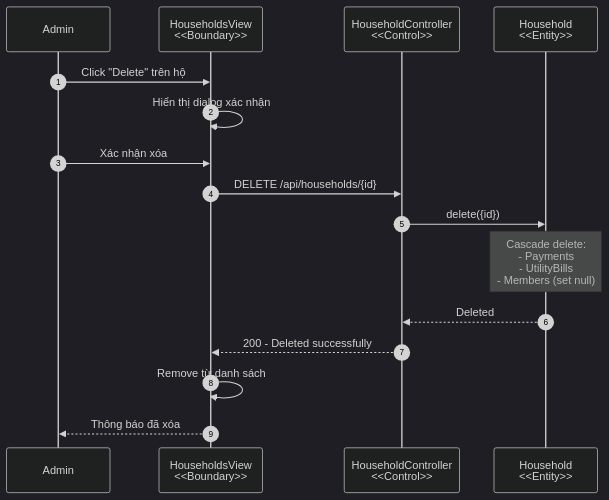
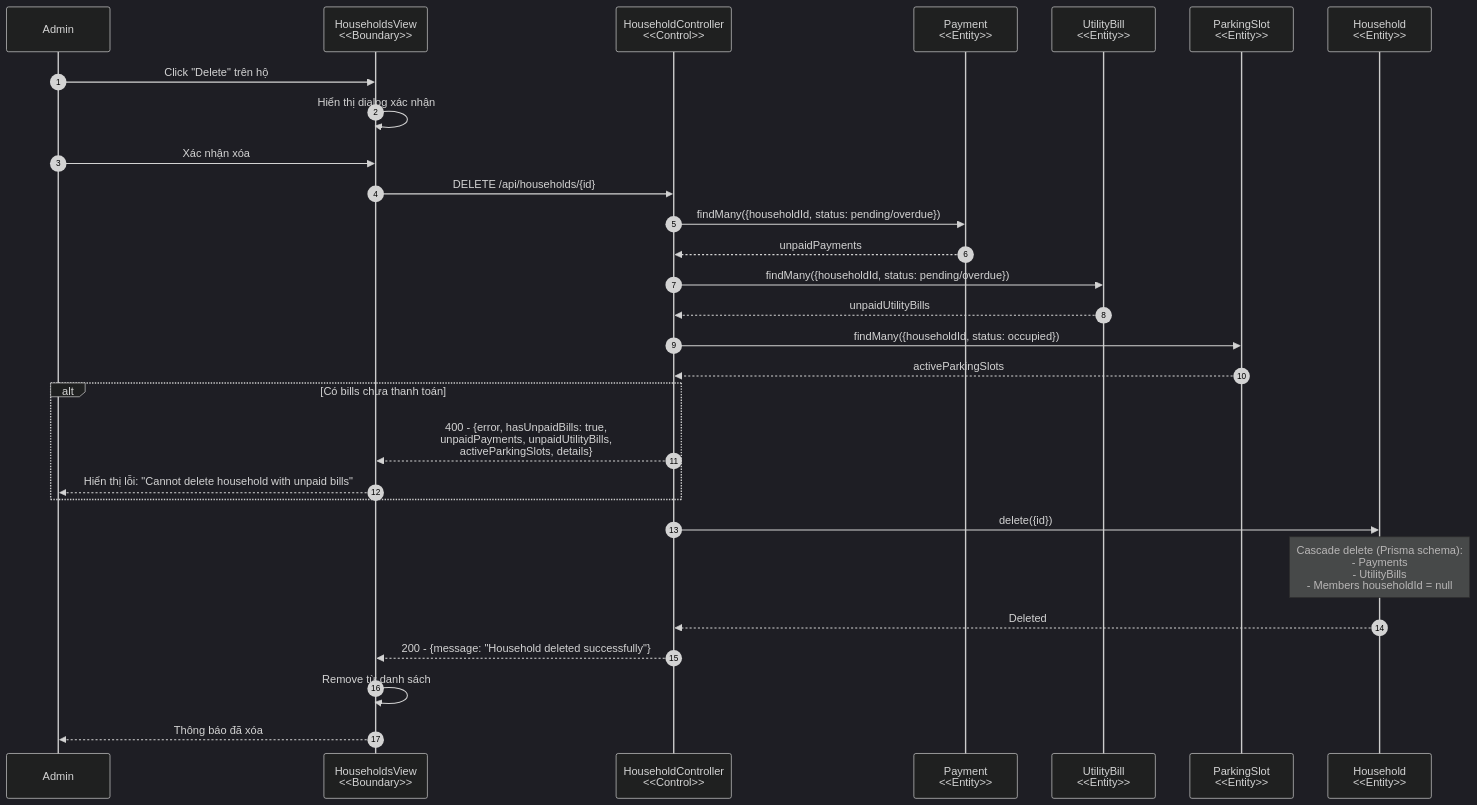
One commit to MinhNghia2010/Bluemoon changed the seventh of 25 diagrams in docs/sequence-diagrams.md. Above: the diagram before and after it, drawn with Mermaid. The commit also changed other lines of this file and 1 other file, not shown here.

````diff
--- a/docs/sequence-diagrams.md
+++ b/docs/sequence-diagrams.md
@@ -256,24 +256,41 @@
 ```mermaid
 %%{init: {'theme': 'dark'}}%%
 sequenceDiagram
     autonumber
     participant Admin as Admin
     participant View as HouseholdsView<br/><<Boundary>>
     participant Controller as HouseholdController<br/><<Control>>
-    participant Model as Household<br/><<Entity>>
+    participant PaymentModel as Payment<br/><<Entity>>
+    participant UtilityModel as UtilityBill<br/><<Entity>>
+    participant ParkingModel as ParkingSlot<br/><<Entity>>
+    participant HouseholdModel as Household<br/><<Entity>>
     
     Admin->>View: Click "Delete" trên hộ
     View->>View: Hiển thị dialog xác nhận
     Admin->>View: Xác nhận xóa
     
     View->>Controller: DELETE /api/households/{id}
     
-    Controller->>Model: delete({id})
-    Note over Model: Cascade delete:<br/>- Payments<br/>- UtilityBills<br/>- Members (set null)
+    Controller->>PaymentModel: findMany({householdId, status: pending/overdue})
+    PaymentModel-->>Controller: unpaidPayments
     
-    Model-->>Controller: Deleted
-    Controller-->>View: 200 - Deleted successfully
+    Controller->>UtilityModel: findMany({householdId, status: pending/overdue})
+    UtilityModel-->>Controller: unpaidUtilityBills
+    
+    Controller->>ParkingModel: findMany({householdId, status: occupied})
+    ParkingModel-->>Controller: activeParkingSlots
+    
+    alt Có bills chưa thanh toán
+        Controller-->>View: 400 - {error, hasUnpaidBills: true,<br/>unpaidPayments, unpaidUtilityBills,<br/>activeParkingSlots, details}
+        View-->>Admin: Hiển thị lỗi: "Cannot delete household with unpaid bills"
+    end
+    
+    Controller->>HouseholdModel: delete({id})
+    Note over HouseholdModel: Cascade delete (Prisma schema):<br/>- Payments<br/>- UtilityBills<br/>- Members householdId = null
+    
+    HouseholdModel-->>Controller: Deleted
+    Controller-->>View: 200 - {message: "Household deleted successfully"}
     
     View->>View: Remove từ danh sách
     View-->>Admin: Thông báo đã xóa
 ```
````
